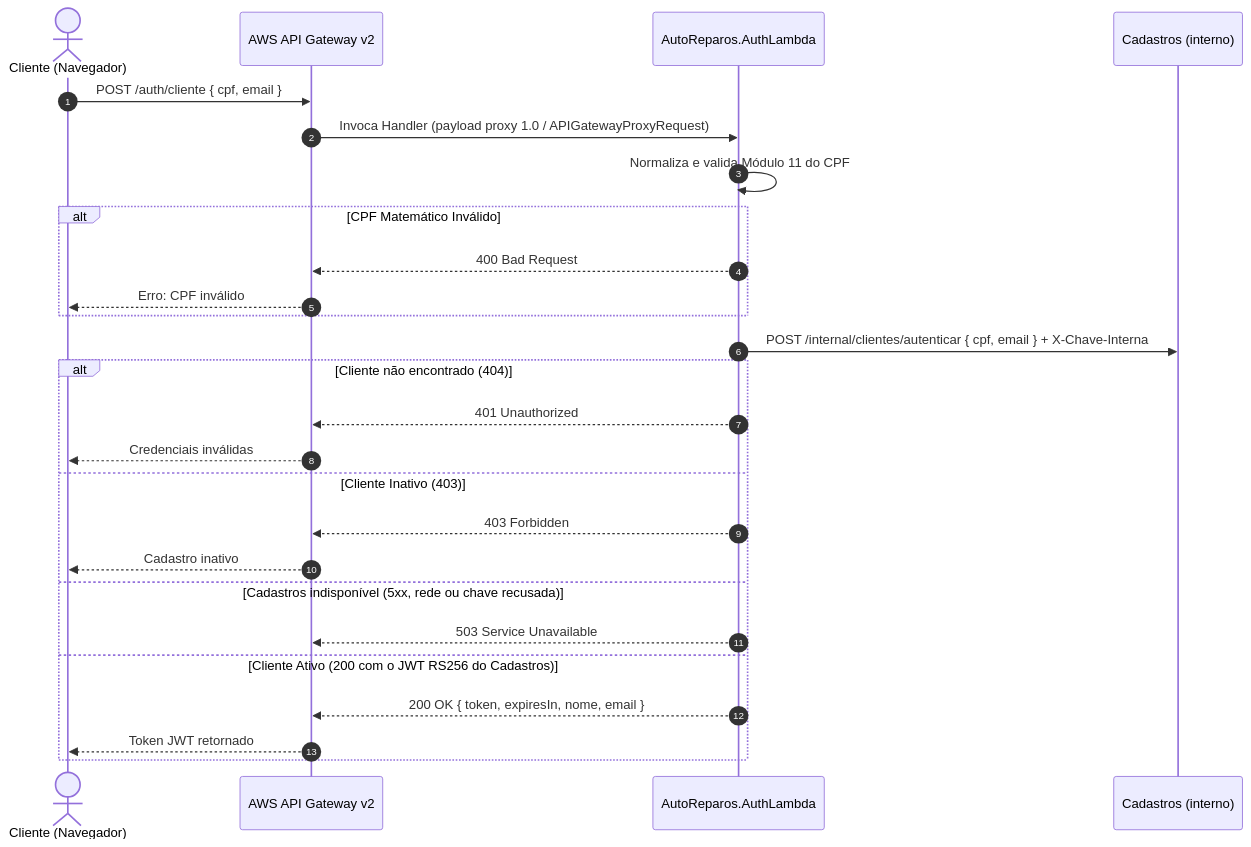
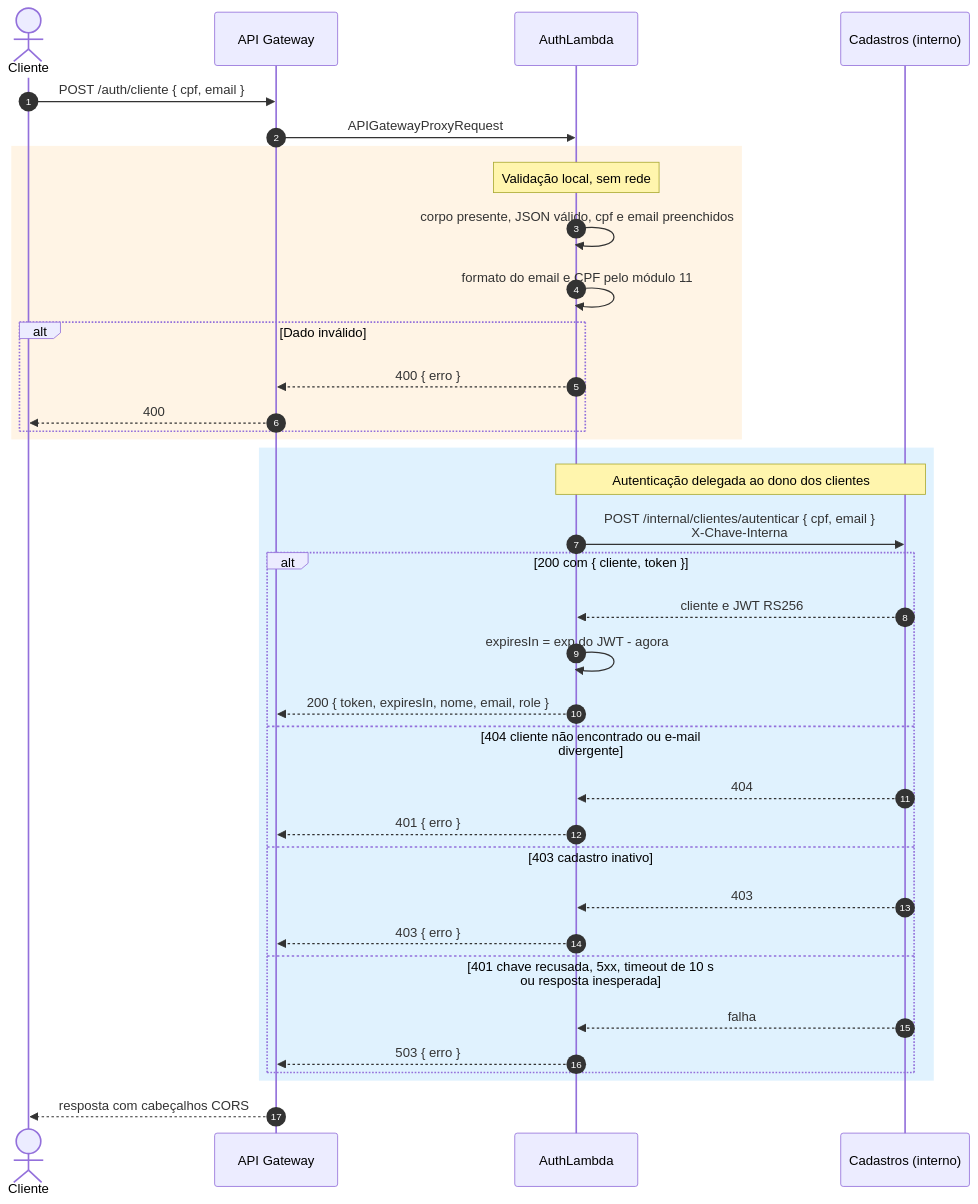
The second of 3 diagrams in README.md (Grupo78-PosTech-15SOAT/AutoReparos.AuthLambda), drawn with Mermaid before and after one commit. The commit also changed other lines of this file, not shown here.

Commit message:
📝 reescreve o readme com a arquitetura da fase 4

````diff
--- a/README.md
+++ b/README.md
@@ -21,29 +105,42 @@
 ```mermaid
 sequenceDiagram
     autonumber
-    actor Cliente as Cliente (Navegador)
-    participant APIGW as AWS API Gateway v2
-    participant Lambda as AutoReparos.AuthLambda
-    participant CAD as Cadastros (interno)
+    actor Cliente as Cliente
+    participant APIGW as API Gateway
+    participant Lambda as AuthLambda
+    participant Cad as Cadastros (interno)
 
     Cliente->>APIGW: POST /auth/cliente { cpf, email }
-    APIGW->>Lambda: Invoca Handler (payload proxy 1.0 / APIGatewayProxyRequest)
-    Lambda->>Lambda: Normaliza e valida Módulo 11 do CPF
-    alt CPF Matemático Inválido
-        Lambda-->>APIGW: 400 Bad Request
-        APIGW-->>Cliente: Erro: CPF inválido
+    APIGW->>Lambda: APIGatewayProxyRequest
+
+    rect rgb(255, 244, 229)
+        Note over Lambda: Validação local, sem rede
+        Lambda->>Lambda: corpo presente, JSON válido, cpf e email preenchidos
+        Lambda->>Lambda: formato do email e CPF pelo módulo 11
+        alt Dado inválido
+            Lambda-->>APIGW: 400 { erro }
+            APIGW-->>Cliente: 400
+        end
     end
-    Lambda->>CAD: POST /internal/clientes/autenticar { cpf, email } + X-Chave-Interna
-    alt Cliente não encontrado (404)
-        Lambda-->>APIGW: 401 Unauthorized
-        APIGW-->>Cliente: Credenciais inválidas
-    else Cliente Inativo (403)
-        Lambda-->>APIGW: 403 Forbidden
-        APIGW-->>Cliente: Cadastro inativo
-    else Cadastros indisponível (5xx, rede ou chave recusada)
-        Lambda-->>APIGW: 503 Service Unavailable
-    else Cliente Ativo (200 com o JWT RS256 do Cadastros)
-        Lambda-->>APIGW: 200 OK { token, expiresIn, nome, email }
-        APIGW-->>Cliente: Token JWT retornado
+
+    rect rgb(224, 242, 254)
+        Note over Lambda,Cad: Autenticação delegada ao dono dos clientes
+        Lambda->>Cad: POST /internal/clientes/autenticar { cpf, email }<br/>X-Chave-Interna
+        alt 200 com { cliente, token }
+            Cad-->>Lambda: cliente e JWT RS256
+            Lambda->>Lambda: expiresIn = exp do JWT - agora
+            Lambda-->>APIGW: 200 { token, expiresIn, nome, email, role }
+        else 404 cliente não encontrado ou e-mail divergente
+            Cad-->>Lambda: 404
+            Lambda-->>APIGW: 401 { erro }
+        else 403 cadastro inativo
+            Cad-->>Lambda: 403
+            Lambda-->>APIGW: 403 { erro }
+        else 401 chave recusada, 5xx, timeout de 10 s ou resposta inesperada
+            Cad-->>Lambda: falha
+            Lambda-->>APIGW: 503 { erro }
+        end
     end
+
+    APIGW-->>Cliente: resposta com cabeçalhos CORS
 ```
````
